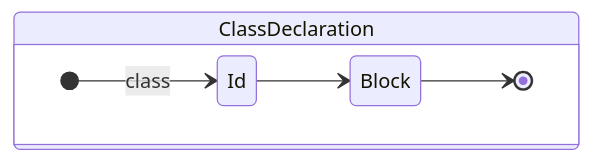
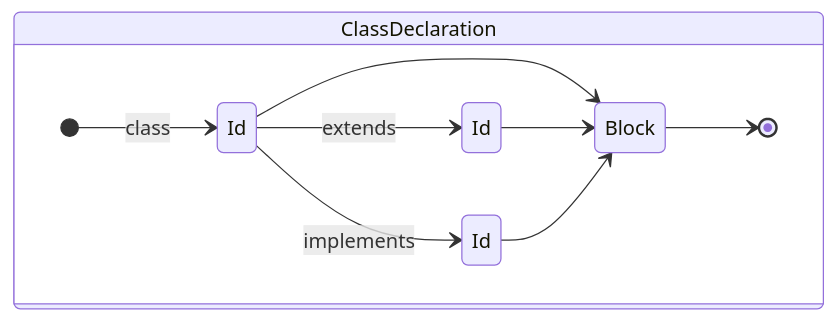
Before and after one commit to coszio/gucci-lang: diagram 14 of 35 in docs/syntax/syntax.md, drawn with Mermaid. The commit also changed other lines of this file and 2 other files, not shown here.

````diff
--- a/docs/syntax/syntax.md
+++ b/docs/syntax/syntax.md
@@ -164,9 +164,13 @@
 ```mermaid
 stateDiagram-v2
   state ClassDeclaration {
     direction LR
     [*] -->  Id: class
+    Id --> <parent>Id: extends
+    Id --> <interface>Id: implements
     Id --> Block
+    <parent>Id --> Block
+    <interface>Id --> Block
     Block --> [*]
   }
 ```
````
